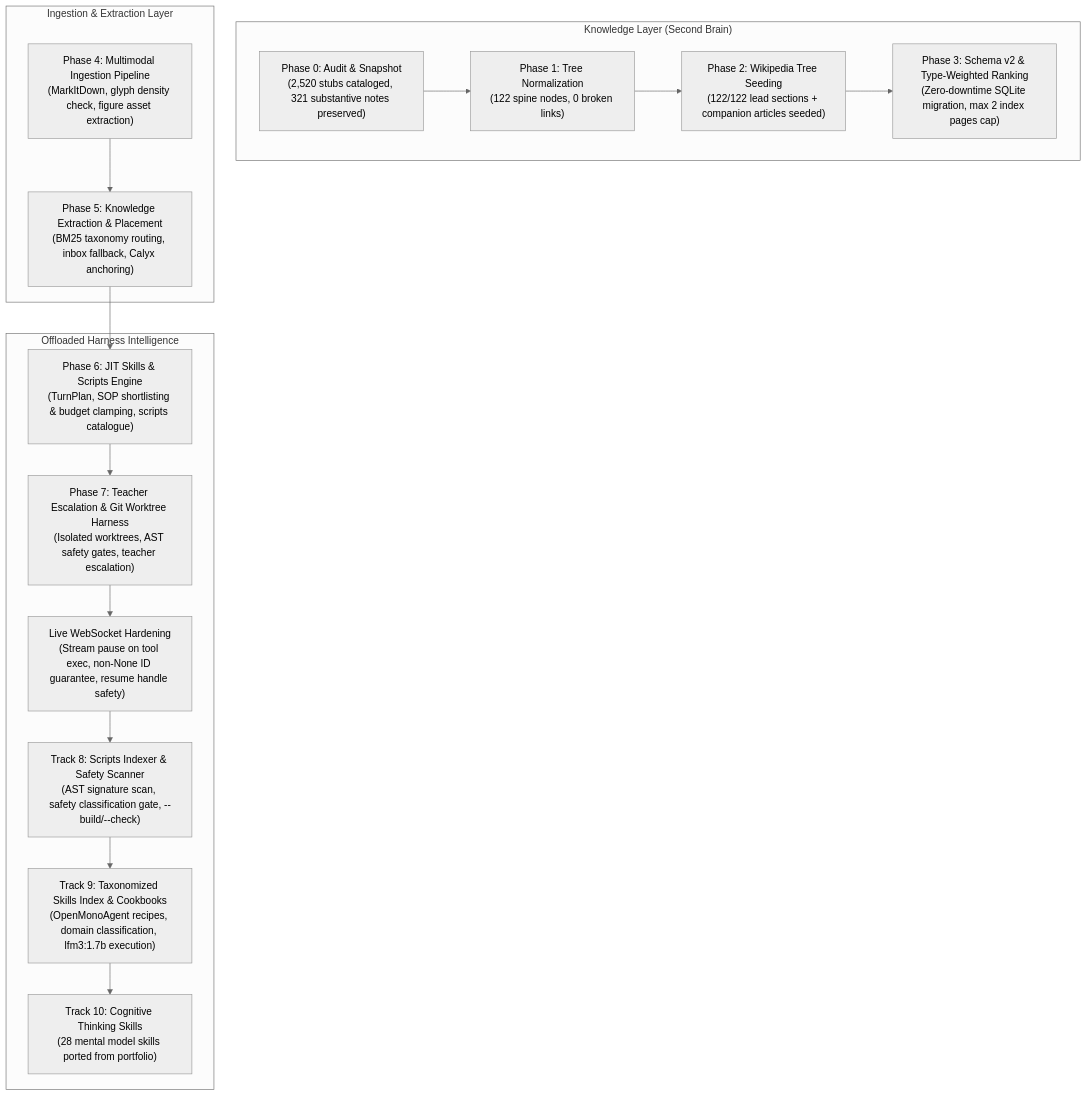
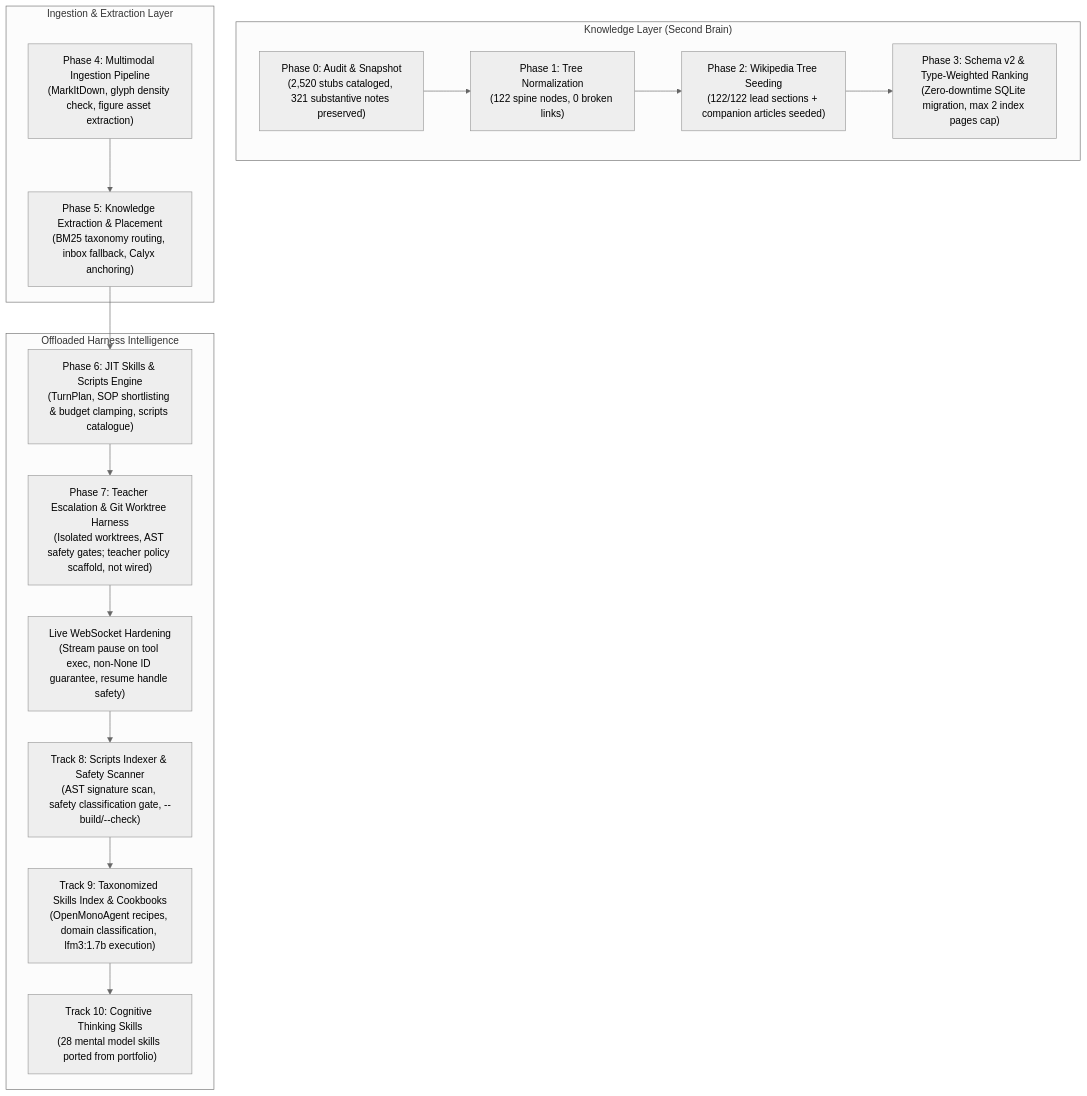
Before and after one commit to SynapticSmith/Brahma-Ai-Evo: the diagram in docs/KNOWLEDGE-AND-SKILLS-ENGINE-TRACKER.md, drawn with Mermaid (neutral theme). The commit also changed other lines of this file and 1 other file, not shown here.

````diff
--- a/docs/KNOWLEDGE-AND-SKILLS-ENGINE-TRACKER.md
+++ b/docs/KNOWLEDGE-AND-SKILLS-ENGINE-TRACKER.md
@@ -41,21 +53,21 @@
 ```mermaid
 flowchart TD
     subgraph KNOWLEDGE_CORE["Knowledge Layer (Second Brain)"]
         P0["Phase 0: Audit & Snapshot<br/>(2,520 stubs cataloged, 321 substantive notes preserved)"] --> P1["Phase 1: Tree Normalization<br/>(122 spine nodes, 0 broken links)"]
         P1 --> P2["Phase 2: Wikipedia Tree Seeding<br/>(122/122 lead sections + companion articles seeded)"]
         P2 --> P3["Phase 3: Schema v2 & Type-Weighted Ranking<br/>(Zero-downtime SQLite migration, max 2 index pages cap)"]
     end
 
     subgraph INGESTION_PIPELINE["Ingestion & Extraction Layer"]
         P4["Phase 4: Multimodal Ingestion Pipeline<br/>(MarkItDown, glyph density check, figure asset extraction)"] --> P5["Phase 5: Knowledge Extraction & Placement<br/>(BM25 taxonomy routing, inbox fallback, Calyx anchoring)"]
     end
 
     subgraph HARNESS_INTELLIGENCE["Offloaded Harness Intelligence"]
         P5 --> P6["Phase 6: JIT Skills & Scripts Engine<br/>(TurnPlan, SOP shortlisting & budget clamping, scripts catalogue)"]
-        P6 --> P7["Phase 7: Teacher Escalation & Git Worktree Harness<br/>(Isolated worktrees, AST safety gates, teacher escalation)"]
+        P6 --> P7["Phase 7: Teacher Escalation & Git Worktree Harness<br/>(Isolated worktrees, AST safety gates; teacher policy scaffold, not wired)"]
         P7 --> P8["Live WebSocket Hardening<br/>(Stream pause on tool exec, non-None ID guarantee, resume handle safety)"]
         P8 --> T8["Track 8: Scripts Indexer & Safety Scanner<br/>(AST signature scan, safety classification gate, --build/--check)"]
         T8 --> T9["Track 9: Taxonomized Skills Index & Cookbooks<br/>(OpenMonoAgent recipes, domain classification, lfm3:1.7b execution)"]
         T9 --> T10["Track 10: Cognitive Thinking Skills<br/>(28 mental model skills ported from portfolio)"]
     end
 ```
````
